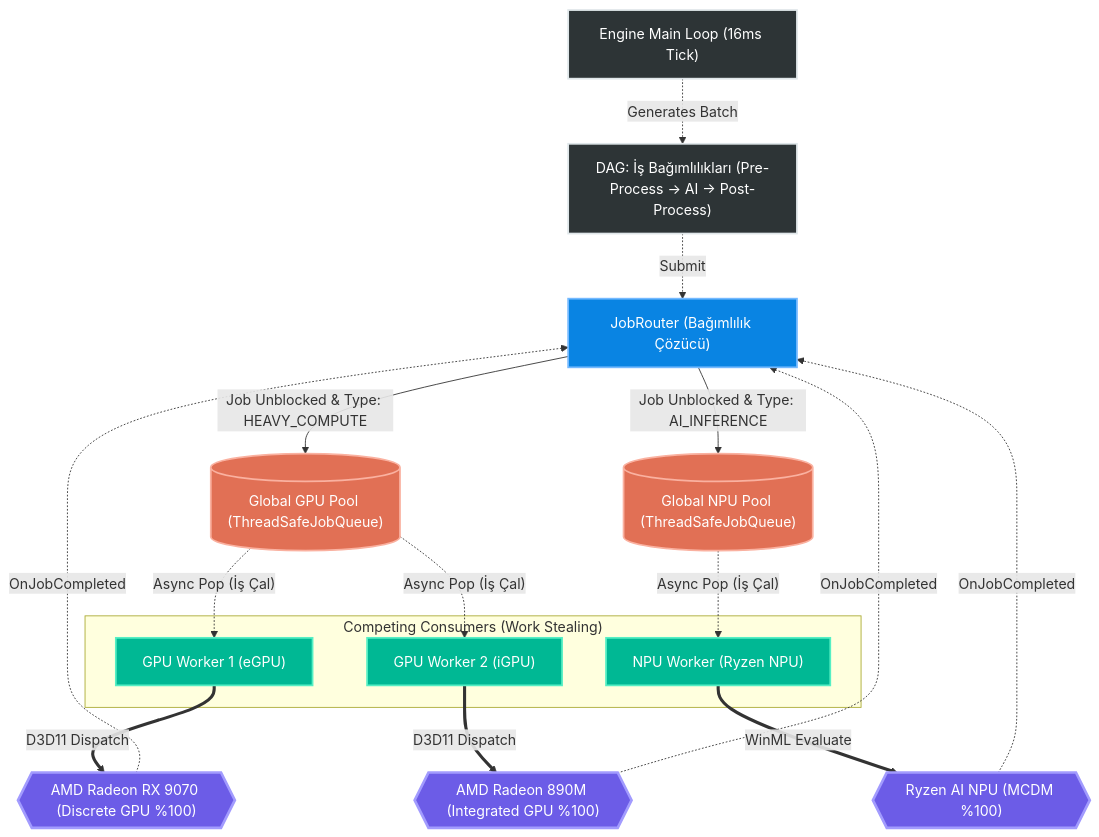
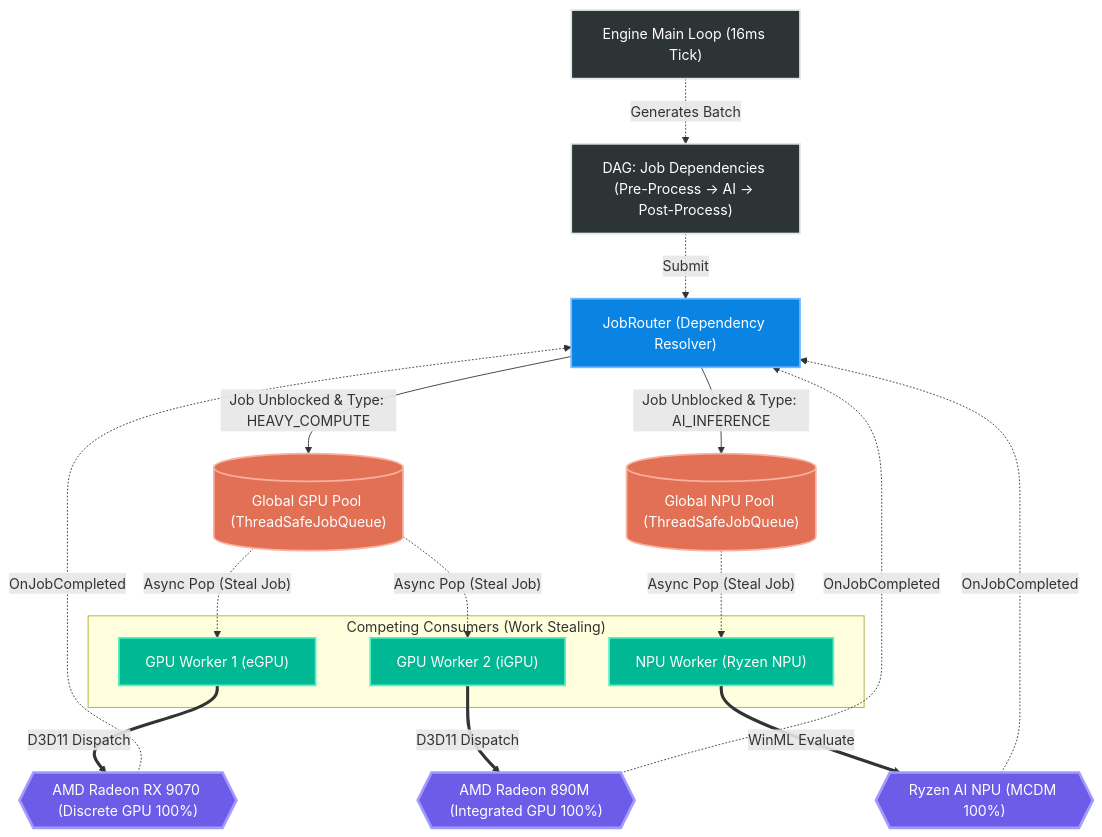
Before and after one commit to aliemreerdem/hybridcore: the diagram in architecture_flow.md, drawn with Mermaid. The commit also changed other lines of this file, not shown here.

Commit message:
docs: translate architecture flow diagram to english

````diff
--- a/architecture_flow.md
+++ b/architecture_flow.md
@@ -5,32 +5,32 @@
 ```mermaid
 graph TD
     classDef engine fill:#2d3436,stroke:#dfe6e9,stroke-width:2px,color:#fff;
     classDef router fill:#0984e3,stroke:#74b9ff,stroke-width:2px,color:#fff;
     classDef queue fill:#e17055,stroke:#fab1a0,stroke-width:2px,color:#fff;
     classDef worker fill:#00b894,stroke:#55efc4,stroke-width:2px,color:#fff;
     classDef hardware fill:#6c5ce7,stroke:#a29bfe,stroke-width:3px,color:#fff;
 
-    Engine["Engine Main Loop (16ms Tick)"]:::engine -.->|"Generates Batch"| DAG["DAG: İş Bağımlılıkları (Pre-Process -> AI -> Post-Process)"]:::engine
-    DAG -.->|"Submit"| JobRouter["JobRouter (Bağımlılık Çözücü)"]:::router
+    Engine["Engine Main Loop (16ms Tick)"]:::engine -.->|"Generates Batch"| DAG["DAG: Job Dependencies (Pre-Process -> AI -> Post-Process)"]:::engine
+    DAG -.->|"Submit"| JobRouter["JobRouter (Dependency Resolver)"]:::router
 
     JobRouter -->|"Job Unblocked & Type: HEAVY_COMPUTE"| GPUQ[("Global GPU Pool (ThreadSafeJobQueue)")]:::queue
     JobRouter -->|"Job Unblocked & Type: AI_INFERENCE"| NPUQ[("Global NPU Pool (ThreadSafeJobQueue)")]:::queue
 
     subgraph CompetingConsumers ["Competing Consumers (Work Stealing)"]
         W1["GPU Worker 1 (eGPU)"]:::worker
         W2["GPU Worker 2 (iGPU)"]:::worker
         W3["NPU Worker (Ryzen NPU)"]:::worker
     end
     
-    GPUQ -.->|"Async Pop (İş Çal)"| W1
-    GPUQ -.->|"Async Pop (İş Çal)"| W2
-    NPUQ -.->|"Async Pop (İş Çal)"| W3
+    GPUQ -.->|"Async Pop (Steal Job)"| W1
+    GPUQ -.->|"Async Pop (Steal Job)"| W2
+    NPUQ -.->|"Async Pop (Steal Job)"| W3
 
-    W1 == "D3D11 Dispatch" ==> HW1{{"AMD Radeon RX 9070 (Discrete GPU %100)"}}:::hardware
-    W2 == "D3D11 Dispatch" ==> HW2{{"AMD Radeon 890M (Integrated GPU %100)"}}:::hardware
-    W3 == "WinML Evaluate" ==> HW3{{"Ryzen AI NPU (MCDM %100)"}}:::hardware
+    W1 == "D3D11 Dispatch" ==> HW1{{"AMD Radeon RX 9070 (Discrete GPU 100%)"}}:::hardware
+    W2 == "D3D11 Dispatch" ==> HW2{{"AMD Radeon 890M (Integrated GPU 100%)"}}:::hardware
+    W3 == "WinML Evaluate" ==> HW3{{"Ryzen AI NPU (MCDM 100%)"}}:::hardware
 
     HW1 -.->|"OnJobCompleted"| JobRouter
     HW2 -.->|"OnJobCompleted"| JobRouter
     HW3 -.->|"OnJobCompleted"| JobRouter
 ```
````
